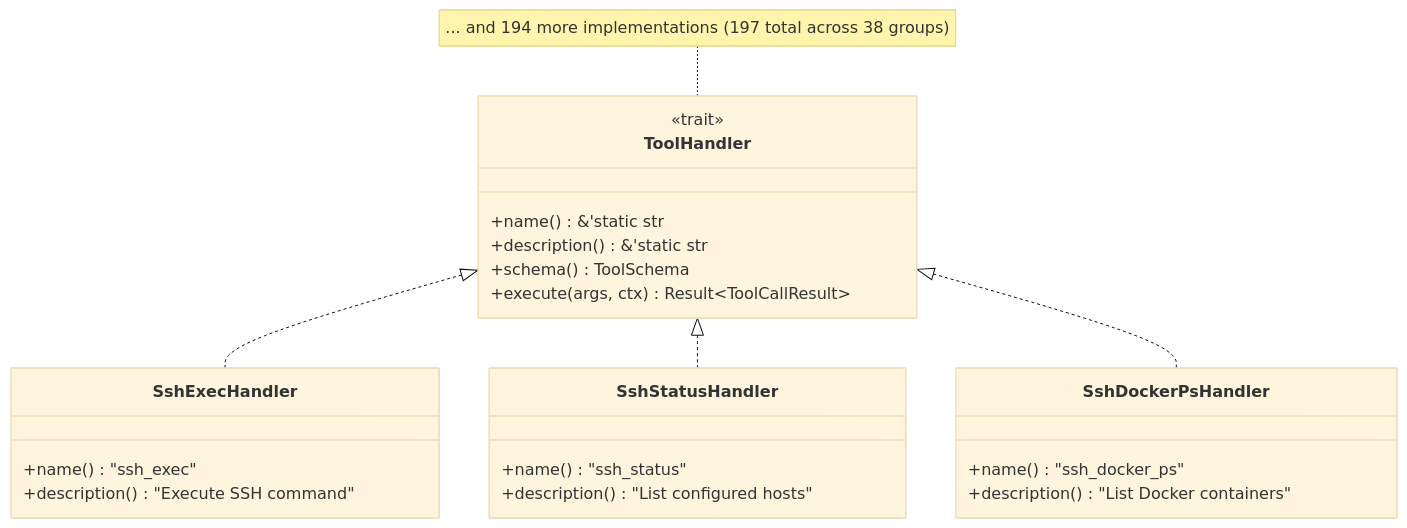
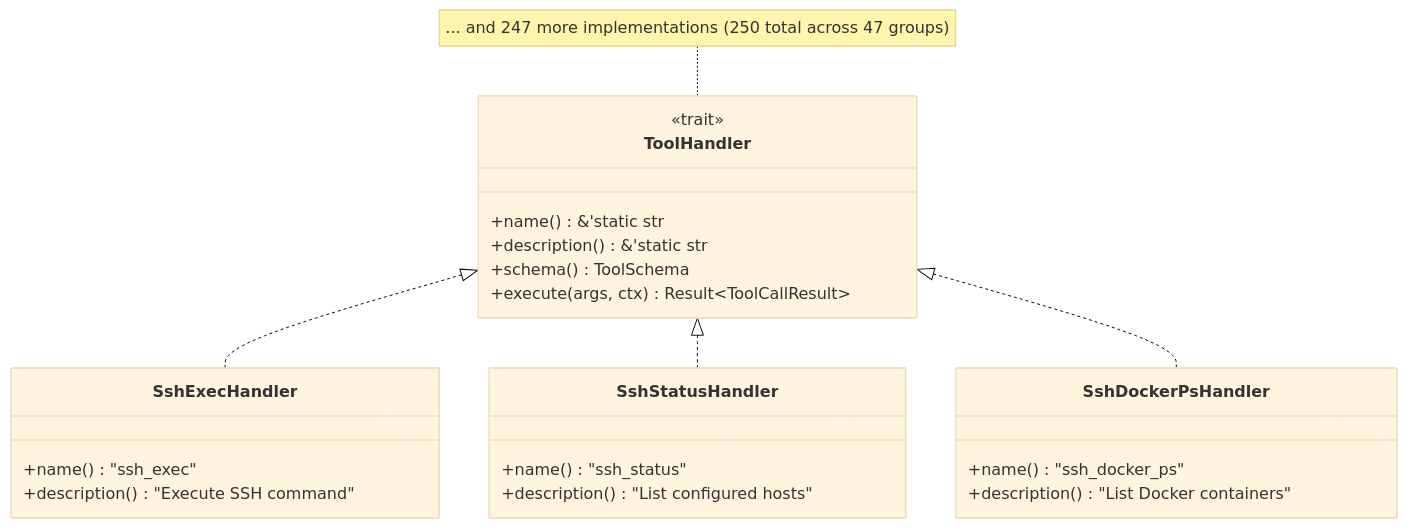
Before and after one commit to muchiny/mcp-ssh-bridge: the second of 5 diagrams in src/ports/README.md, drawn with Mermaid (base theme). The commit also changed other lines of this file and 10 other files, not shown here.

First line of the commit message:
docs: update all documentation for 250 tools across 47 groups

````diff
--- a/src/ports/README.md
+++ b/src/ports/README.md
@@ -79,31 +79,31 @@
 ```mermaid
 classDiagram
     class ToolHandler {
         <<trait>>
         +name() &'static str
         +description() &'static str
         +schema() ToolSchema
         +execute(args, ctx) Result~ToolCallResult~
     }
 
     class SshExecHandler {
         +name() "ssh_exec"
         +description() "Execute SSH command"
     }
 
     class SshStatusHandler {
         +name() "ssh_status"
         +description() "List configured hosts"
     }
 
     class SshDockerPsHandler {
         +name() "ssh_docker_ps"
         +description() "List Docker containers"
     }
 
     ToolHandler <|.. SshExecHandler
     ToolHandler <|.. SshStatusHandler
     ToolHandler <|.. SshDockerPsHandler
 
-    note for ToolHandler "... and 194 more implementations (197 total across 38 groups)"
+    note for ToolHandler "... and 247 more implementations (250 total across 47 groups)"
 ```
````
